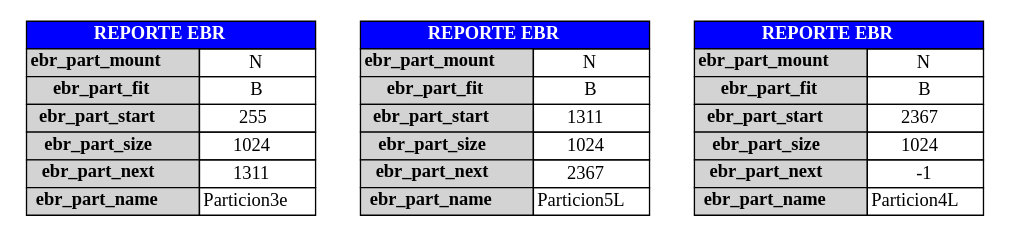
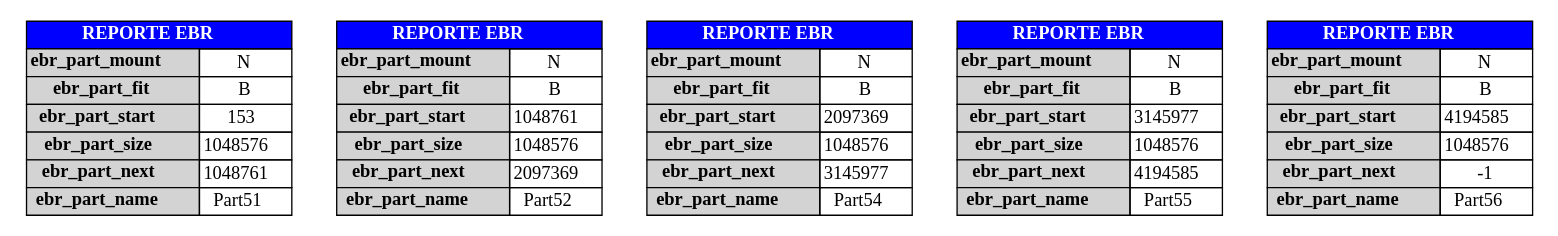
Before and after one commit to AbdielOtzoy/MIA_1S2025_P1_202300350: the diagram in backend/output/ebr.dot, drawn with Graphviz. The commit also changed 69 other files, not shown here.

```diff
--- a/backend/output/ebr.dot
+++ b/backend/output/ebr.dot
@@ -1,32 +1,52 @@
 digraph G {
 				node [shape=plaintext]
 				tabla [label=<
 					<table border="0" cellborder="1" cellspacing="0">
 						<tr><td colspan="2" bgcolor="blue"><font color="white"><b>REPORTE EBR</b></font></td></tr>
 						<tr><td bgcolor="lightgray"><b>ebr_part_mount</b></td><td>N</td></tr>
 						<tr><td bgcolor="lightgray"><b>ebr_part_fit</b></td><td>B</td></tr>
-						<tr><td bgcolor="lightgray"><b>ebr_part_start</b></td><td>255</td></tr>
-						<tr><td bgcolor="lightgray"><b>ebr_part_size</b></td><td>1024</td></tr>
-						<tr><td bgcolor="lightgray"><b>ebr_part_next</b></td><td>1311</td></tr>
-						<tr><td bgcolor="lightgray"><b>ebr_part_name</b></td><td>Particion3e</td></tr>
+						<tr><td bgcolor="lightgray"><b>ebr_part_start</b></td><td>153</td></tr>
+						<tr><td bgcolor="lightgray"><b>ebr_part_size</b></td><td>1048576</td></tr>
+						<tr><td bgcolor="lightgray"><b>ebr_part_next</b></td><td>1048761</td></tr>
+						<tr><td bgcolor="lightgray"><b>ebr_part_name</b></td><td>Part51</td></tr>
 					</table>>] 
-					tabla_1311 [label=<
+					tabla_1048761 [label=<
 						<table border="0" cellborder="1" cellspacing="0">
 							<tr><td colspan="2" bgcolor="blue"><font color="white"><b>REPORTE EBR</b></font></td></tr>
 							<tr><td bgcolor="lightgray"><b>ebr_part_mount</b></td><td>N</td></tr>
 							<tr><td bgcolor="lightgray"><b>ebr_part_fit</b></td><td>B</td></tr>
-							<tr><td bgcolor="lightgray"><b>ebr_part_start</b></td><td>1311</td></tr>
-							<tr><td bgcolor="lightgray"><b>ebr_part_size</b></td><td>1024</td></tr>
-							<tr><td bgcolor="lightgray"><b>ebr_part_next</b></td><td>2367</td></tr>
-							<tr><td bgcolor="lightgray"><b>ebr_part_name</b></td><td>Particion5L</td></tr>
+							<tr><td bgcolor="lightgray"><b>ebr_part_start</b></td><td>1048761</td></tr>
+							<tr><td bgcolor="lightgray"><b>ebr_part_size</b></td><td>1048576</td></tr>
+							<tr><td bgcolor="lightgray"><b>ebr_part_next</b></td><td>2097369</td></tr>
+							<tr><td bgcolor="lightgray"><b>ebr_part_name</b></td><td>Part52</td></tr>
 						</table>>] 
-					tabla_2367 [label=<
+					tabla_2097369 [label=<
 						<table border="0" cellborder="1" cellspacing="0">
 							<tr><td colspan="2" bgcolor="blue"><font color="white"><b>REPORTE EBR</b></font></td></tr>
 							<tr><td bgcolor="lightgray"><b>ebr_part_mount</b></td><td>N</td></tr>
 							<tr><td bgcolor="lightgray"><b>ebr_part_fit</b></td><td>B</td></tr>
-							<tr><td bgcolor="lightgray"><b>ebr_part_start</b></td><td>2367</td></tr>
-							<tr><td bgcolor="lightgray"><b>ebr_part_size</b></td><td>1024</td></tr>
+							<tr><td bgcolor="lightgray"><b>ebr_part_start</b></td><td>2097369</td></tr>
+							<tr><td bgcolor="lightgray"><b>ebr_part_size</b></td><td>1048576</td></tr>
+							<tr><td bgcolor="lightgray"><b>ebr_part_next</b></td><td>3145977</td></tr>
+							<tr><td bgcolor="lightgray"><b>ebr_part_name</b></td><td>Part54</td></tr>
+						</table>>] 
+					tabla_3145977 [label=<
+						<table border="0" cellborder="1" cellspacing="0">
+							<tr><td colspan="2" bgcolor="blue"><font color="white"><b>REPORTE EBR</b></font></td></tr>
+							<tr><td bgcolor="lightgray"><b>ebr_part_mount</b></td><td>N</td></tr>
+							<tr><td bgcolor="lightgray"><b>ebr_part_fit</b></td><td>B</td></tr>
+							<tr><td bgcolor="lightgray"><b>ebr_part_start</b></td><td>3145977</td></tr>
+							<tr><td bgcolor="lightgray"><b>ebr_part_size</b></td><td>1048576</td></tr>
+							<tr><td bgcolor="lightgray"><b>ebr_part_next</b></td><td>4194585</td></tr>
+							<tr><td bgcolor="lightgray"><b>ebr_part_name</b></td><td>Part55</td></tr>
+						</table>>] 
+					tabla_4194585 [label=<
+						<table border="0" cellborder="1" cellspacing="0">
+							<tr><td colspan="2" bgcolor="blue"><font color="white"><b>REPORTE EBR</b></font></td></tr>
+							<tr><td bgcolor="lightgray"><b>ebr_part_mount</b></td><td>N</td></tr>
+							<tr><td bgcolor="lightgray"><b>ebr_part_fit</b></td><td>B</td></tr>
+							<tr><td bgcolor="lightgray"><b>ebr_part_start</b></td><td>4194585</td></tr>
+							<tr><td bgcolor="lightgray"><b>ebr_part_size</b></td><td>1048576</td></tr>
 							<tr><td bgcolor="lightgray"><b>ebr_part_next</b></td><td>-1</td></tr>
-							<tr><td bgcolor="lightgray"><b>ebr_part_name</b></td><td>Particion4L</td></tr>
+							<tr><td bgcolor="lightgray"><b>ebr_part_name</b></td><td>Part56</td></tr>
 						</table>>] }
```
